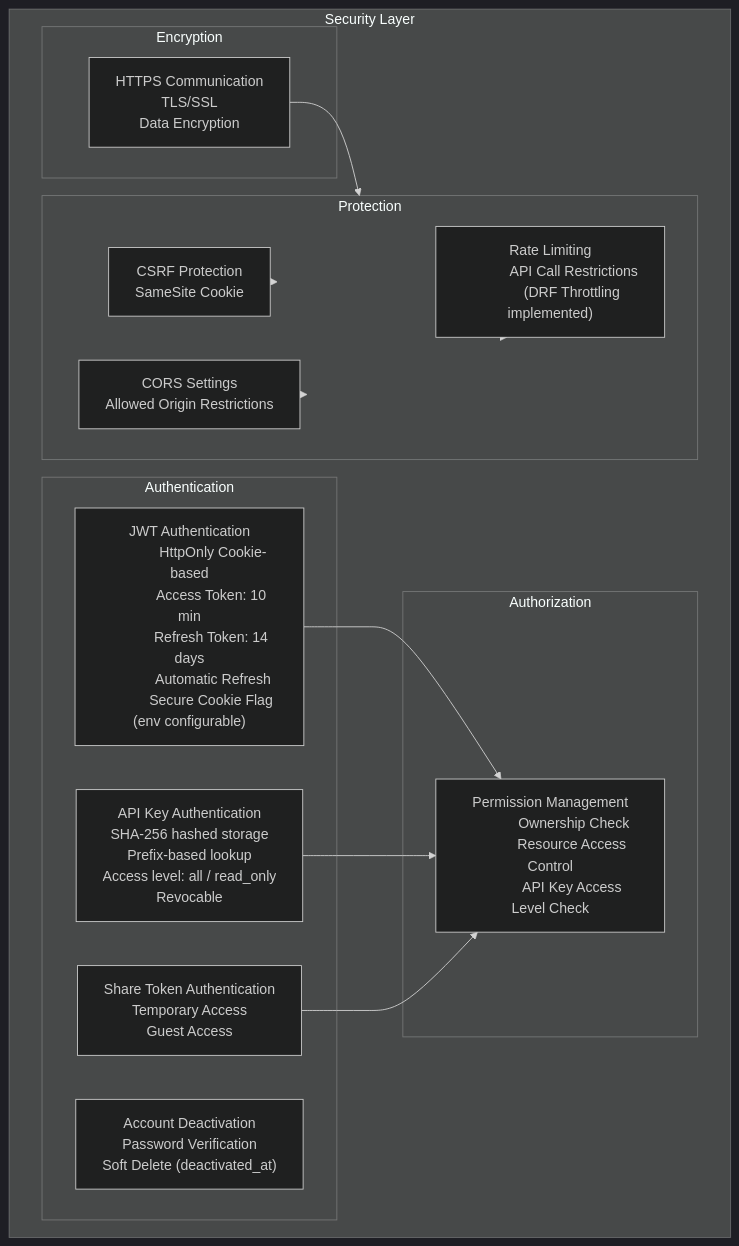
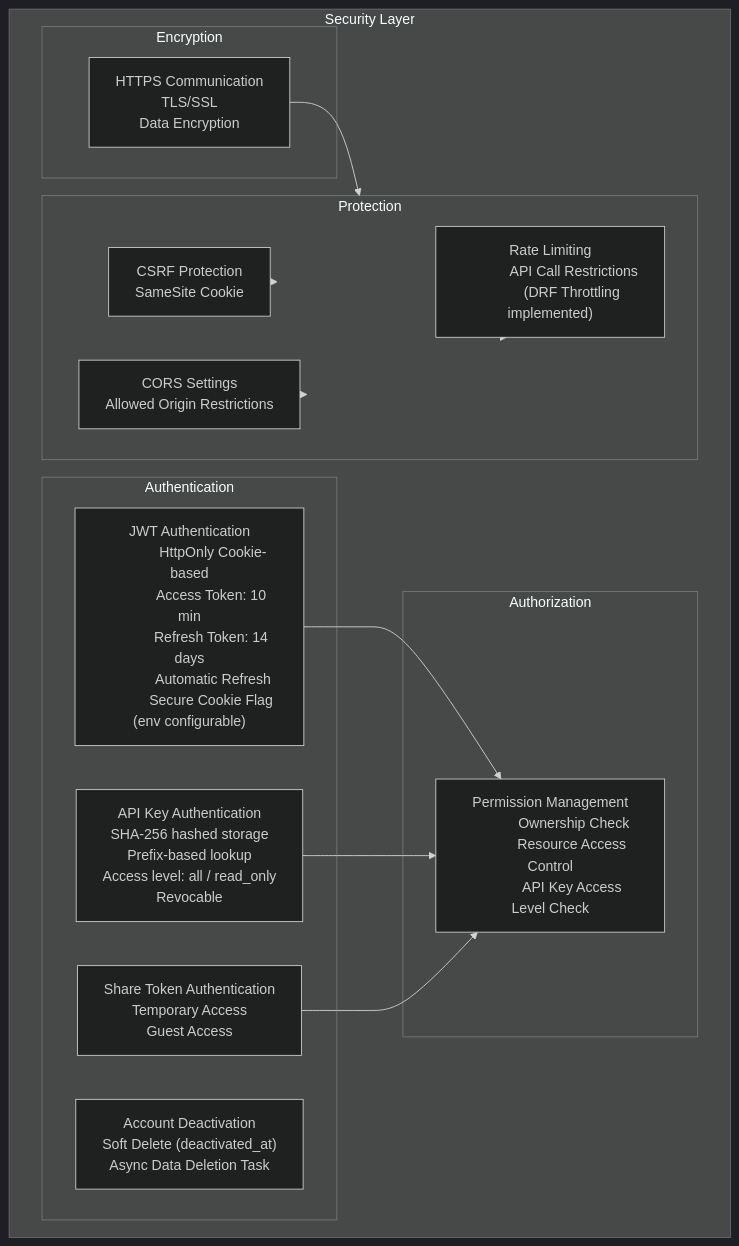
The fifth of 8 diagrams in docs/architecture/system-configuration-diagram.md (yukiharada1228/videoq), drawn with Mermaid (dark theme) before and after one commit. The commit also changed other lines of this file and 9 other files, not shown here.

Commit message:
docs: sync diagrams with current implementation

````diff
--- a/docs/architecture/system-configuration-diagram.md
+++ b/docs/architecture/system-configuration-diagram.md
@@ -280,55 +282,55 @@
 ```mermaid
 graph TB
     subgraph Security["Security Layer"]
         subgraph Authentication["Authentication"]
             JWT["JWT Authentication
             HttpOnly Cookie-based
             Access Token: 10 min
             Refresh Token: 14 days
             Automatic Refresh
             Secure Cookie Flag (env configurable)"]
             ApiKey["API Key Authentication
             SHA-256 hashed storage
             Prefix-based lookup
             Access level: all / read_only
             Revocable"]
             ShareToken["Share Token Authentication
             Temporary Access
             Guest Access"]
             AccountDeactivation["Account Deactivation
-            Password Verification
-            Soft Delete (deactivated_at)"]
+            Soft Delete (deactivated_at)
+            Async Data Deletion Task"]
         end
 
         subgraph Authorization["Authorization"]
             Permissions["Permission Management
             Ownership Check
             Resource Access Control
             API Key Access Level Check"]
         end
 
         subgraph Encryption["Encryption"]
             HTTPS["HTTPS Communication
             TLS/SSL
             Data Encryption"]
         end
 
         subgraph Protection["Protection"]
             CSRF["CSRF Protection
             SameSite Cookie"]
             CORS["CORS Settings
             Allowed Origin Restrictions"]
             RateLimit["Rate Limiting
             API Call Restrictions
             (DRF Throttling implemented)"]
         end
     end
 
     JWT --> Permissions
     ApiKey --> Permissions
     ShareToken --> Permissions
     HTTPS --> Protection
     CSRF --> Protection
     CORS --> Protection
     RateLimit --> Protection
 ```
````
